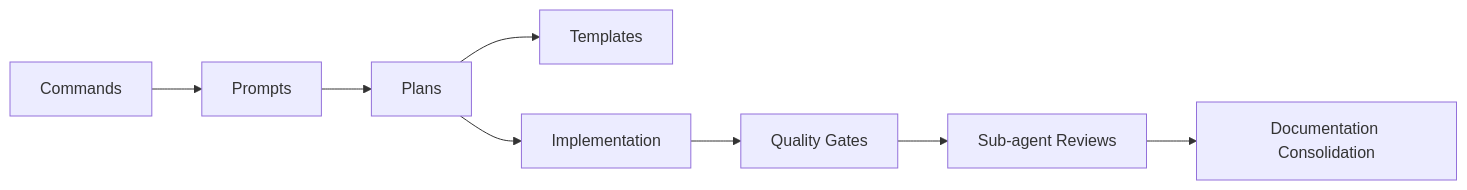
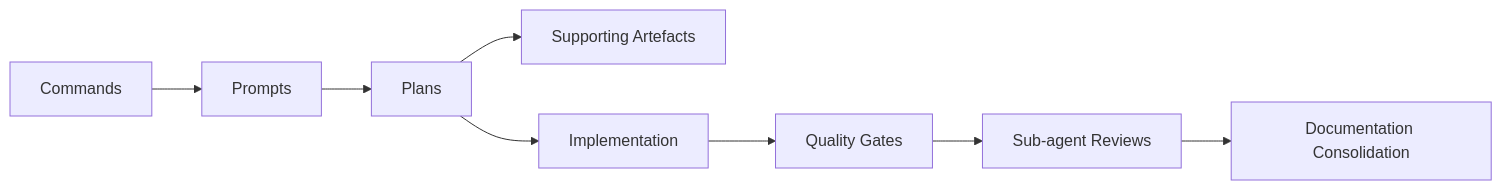
One commit to oaknational/oak-open-curriculum-ecosystem changed the third of 3 diagrams in .agent/practice-core/practice.md. Above: the diagram before and after it, drawn with Mermaid. The commit also changed other lines of this file and 48 other files, not shown here.

````diff
--- a/.agent/practice-core/practice.md
+++ b/.agent/practice-core/practice.md
@@ -134,10 +157,10 @@
 ```mermaid
 graph LR
     CMD[Commands] --> PROMPT[Prompts]
     PROMPT --> PLAN[Plans]
-    PLAN --> TMPL[Templates]
+    PLAN --> SUPP[Supporting Artefacts]
     PLAN --> WORK[Implementation]
     WORK --> QG[Quality Gates]
     QG --> REVIEW[Sub-agent Reviews]
     REVIEW --> CONSOL[Documentation Consolidation]
 ```
````
